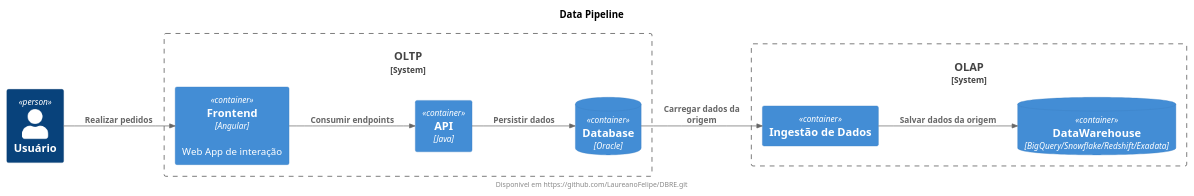
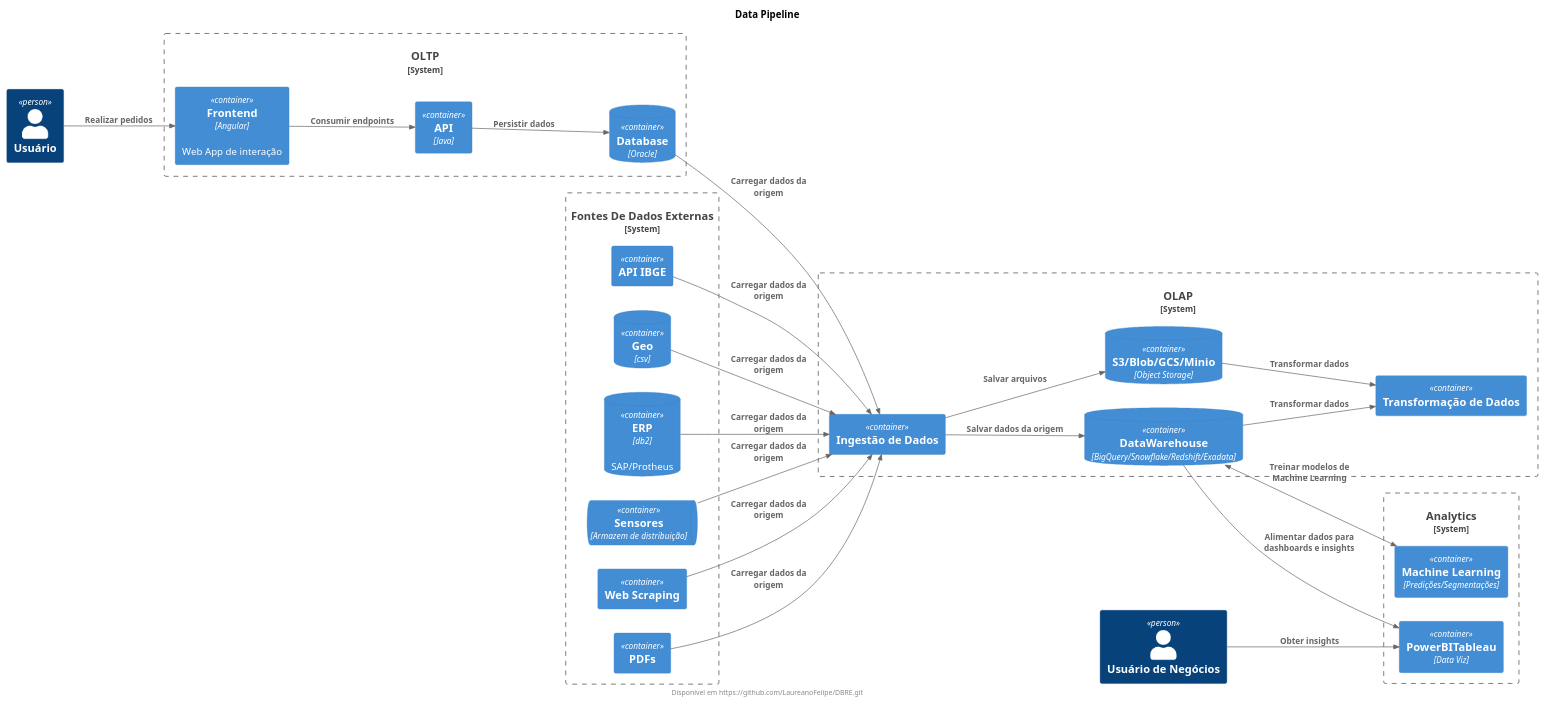
Before and after one commit to LaureanoFelipe/DBRE: the diagram in diagrams/data_pipeline.puml, drawn with PlantUML. The commit also changed 1 other file, not shown here.

Commit message:
atualizacao data-pipeline

```diff
--- a/diagrams/data_pipeline.puml
+++ b/diagrams/data_pipeline.puml
@@ -1,28 +1,58 @@
 @startuml diagram
 title Data Pipeline
 footer Disponível em https://github.com/LaureanoFelipe/DBRE.git
 
 !include https://raw.githubusercontent.com/plantuml-stdlib/C4-PlantUML/master/C4_Context.puml
 !include https://raw.githubusercontent.com/plantuml-stdlib/C4-PlantUML/master/C4_Container.puml
 LAYOUT_LANDSCAPE()
 
 Person(user, "Usuário")
+Person(user_business, "Usuário de Negócios")
 
 System_Boundary(oltp, "OLTP"){
     Container(frontend, "Frontend", "Angular", "Web App de interação")
     Container(api, "API", "Java")
     ContainerDb(db, "Database", "Oracle")
 }
 
+System_Boundary(data_sources, "Fontes De Dados Externas"){
+    Container(ibge, "API IBGE")
+    ContainerDb(correio, "Geo", "csv")
+    ContainerDb(erp, "ERP", "db2", "SAP/Protheus")
+    ContainerQueue(iot, "Sensores", "Armazem de distribuição")
+    Container(scraping, "Web Scraping")
+    Container(pdf, "PDFs")
+}
+
 System_Boundary(olap, "OLAP"){
-    Container(job, "Ingestão de Dados")
+    Container(extraction, "Ingestão de Dados")
+    ContainerDb(object_storage, "S3/Blob/GCS/Minio", "Object Storage")
     ContainerDb(dw, "DataWarehouse", "BigQuery/Snowflake/Redshift/Exadata")
-    Rel(job, dw, "Salvar dados da origem")
+    Container(transformation, "Transformação de Dados")
+    
+    Rel(extraction, dw, "Salvar dados da origem")
+    Rel(extraction, object_storage, "Salvar arquivos")
+    Rel(dw, transformation, "Transformar dados")
+    Rel(object_storage, transformation, "Transformar dados")
+}
+
+System_Boundary(analytics, "Analytics"){
+    Container(dataviz, "PowerBITableau", "Data Viz")
+    Container(ml, "Machine Learning", "Predições/Segmentações")
 }
 
 Rel(user, frontend, "Realizar pedidos")
+Rel(user_business, dataviz, "Obter insights")
 Rel(frontend, api, "Consumir endpoints")
 Rel(api, db, "Persistir dados")
-Rel(db, job, "Carregar dados da origem")
+Rel(db, extraction, "Carregar dados da origem")
+Rel(ibge, extraction, "Carregar dados da origem")
+Rel(correio, extraction, "Carregar dados da origem")
+Rel(erp, extraction, "Carregar dados da origem")
+Rel(iot, extraction, "Carregar dados da origem")
+Rel(scraping, extraction, "Carregar dados da origem")
+Rel(pdf, extraction, "Carregar dados da origem")
+Rel(dw, dataviz, "Alimentar dados para dashboards e insights")
+BiRel(dw, ml, "Treinar modelos de Machine Learning")
 
 @enduml
```
